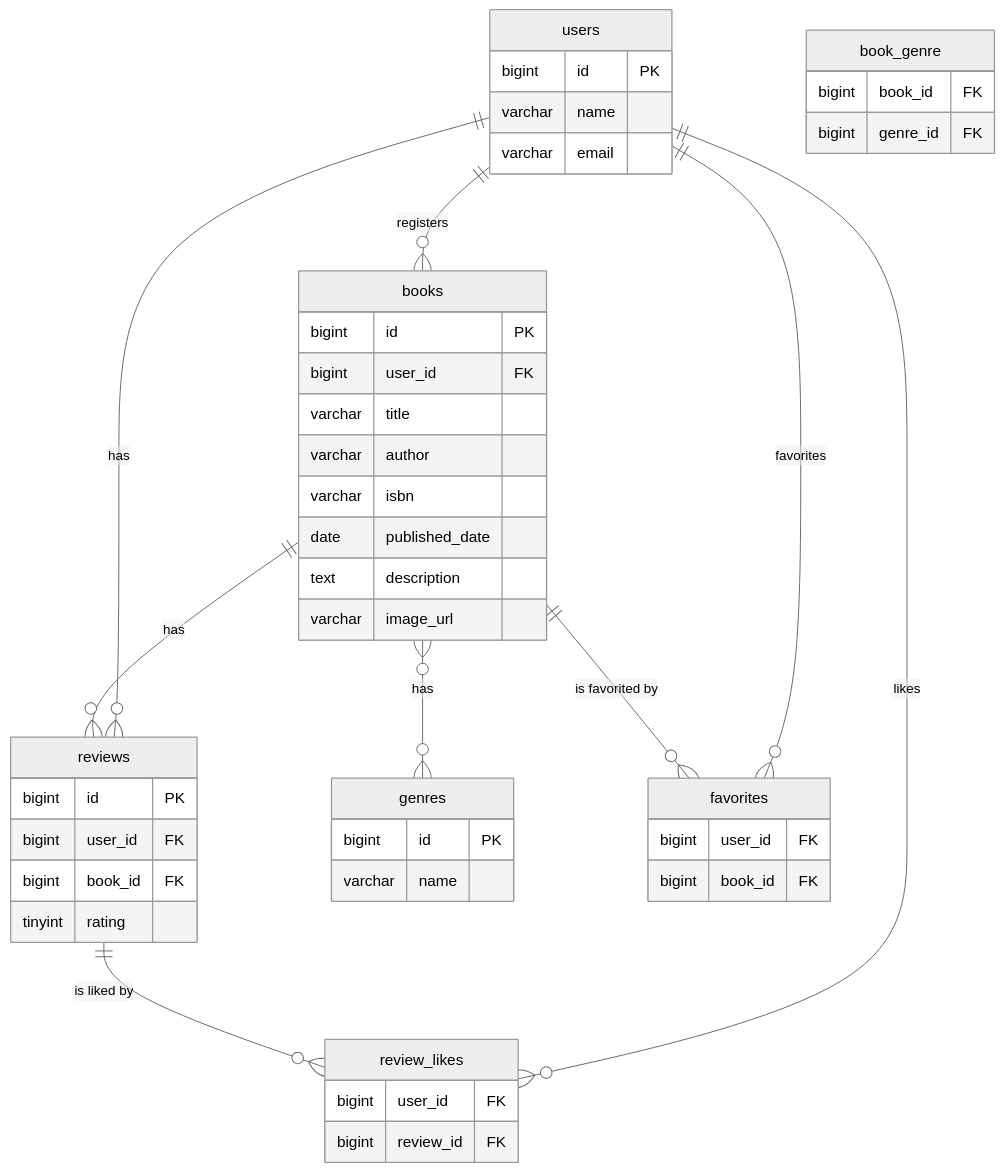
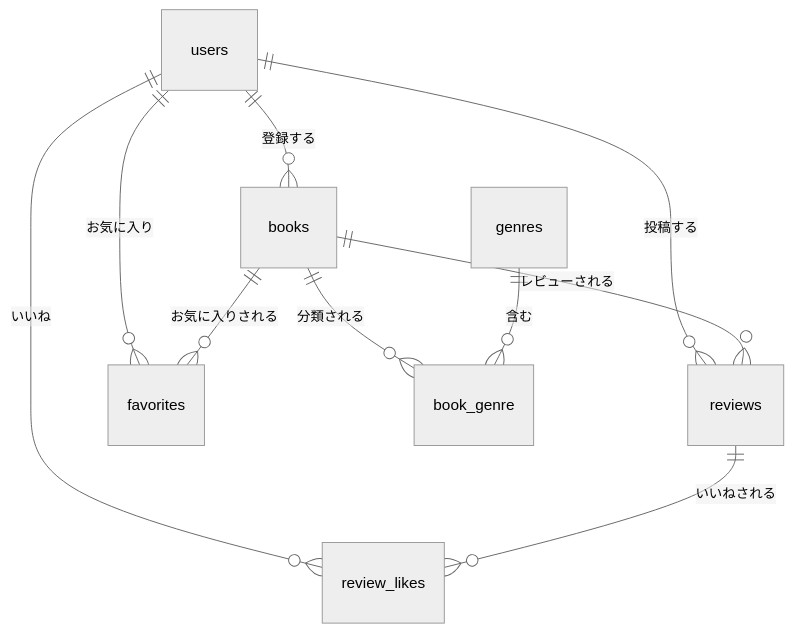
The diagram in 関連ドキュメント/復習教材/応用機能編_完全手順書.md (coachtech-material/ExampleAnswer-mockcase-BookShelf), drawn with Mermaid (neutral theme) before and after one commit. The commit also changed other lines of this file and 3 other files, not shown here.

````diff
--- a/関連ドキュメント/復習教材/応用機能編_完全手順書.md
+++ b/関連ドキュメント/復習教材/応用機能編_完全手順書.md
@@ -162,48 +87,12 @@
 ```mermaid
 erDiagram
-    users {
-        bigint id PK
-        varchar name
-        varchar email
-    }
-    books {
-        bigint id PK
-        bigint user_id FK
-        varchar title
-        varchar author
-        varchar isbn
-        date published_date
-        text description
-        varchar image_url
-    }
-    reviews {
-        bigint id PK
-        bigint user_id FK
-        bigint book_id FK
-        tinyint rating
-    }
-    genres {
-        bigint id PK
-        varchar name
-    }
-    book_genre {
-        bigint book_id FK
-        bigint genre_id FK
-    }
-    favorites {
-        bigint user_id FK
-        bigint book_id FK
-    }
-    review_likes {
-        bigint user_id FK
-        bigint review_id FK
-    }
-    users ||--o{ books : "registers"
-    users ||--o{ reviews : has
-    books ||--o{ reviews : has
-    users ||--o{ favorites : favorites
-    books ||--o{ favorites : "is favorited by"
-    users ||--o{ review_likes : likes
-    reviews ||--o{ review_likes : "is liked by"
-    books }o--o{ genres : has
+    users ||--o{ books : "登録する"
+    users ||--o{ reviews : "投稿する"
+    users ||--o{ favorites : "お気に入り"
+    users ||--o{ review_likes : "いいね"
+    books ||--o{ reviews : "レビューされる"
+    books ||--o{ book_genre : "分類される"
+    books ||--o{ favorites : "お気に入りされる"
+    genres ||--o{ book_genre : "含む"
+    reviews ||--o{ review_likes : "いいねされる"
 ```
````
